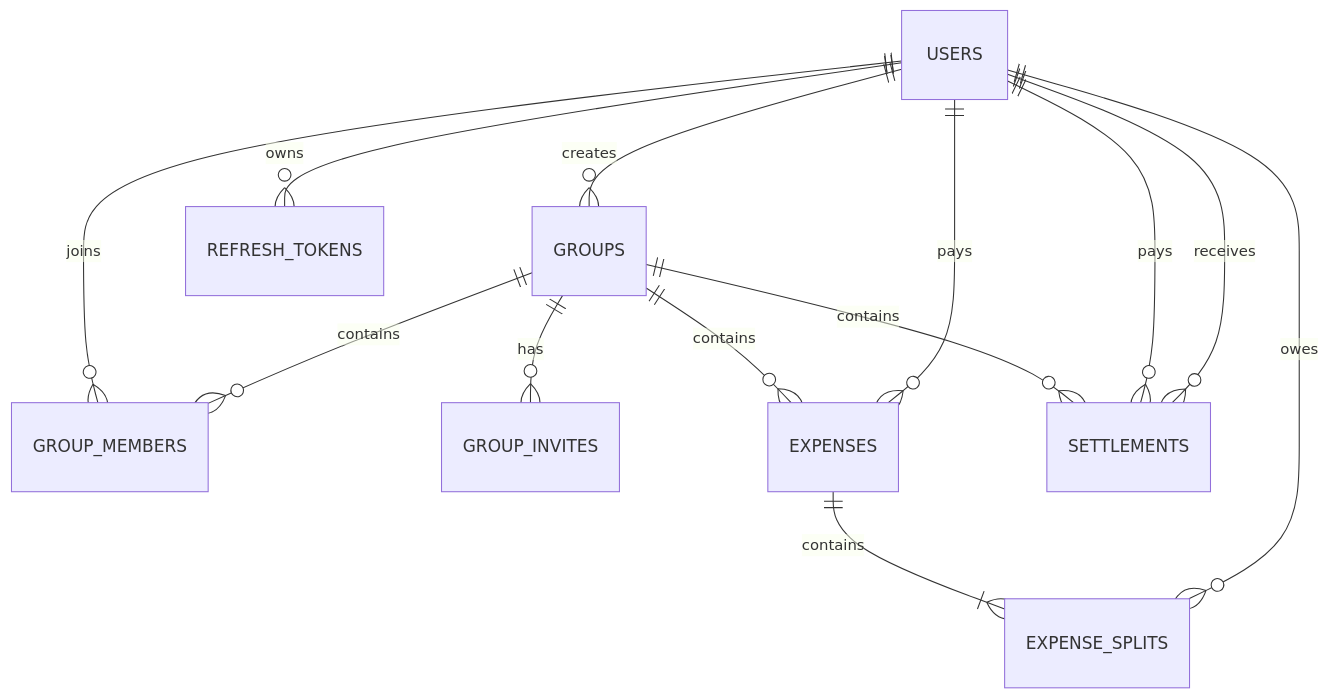
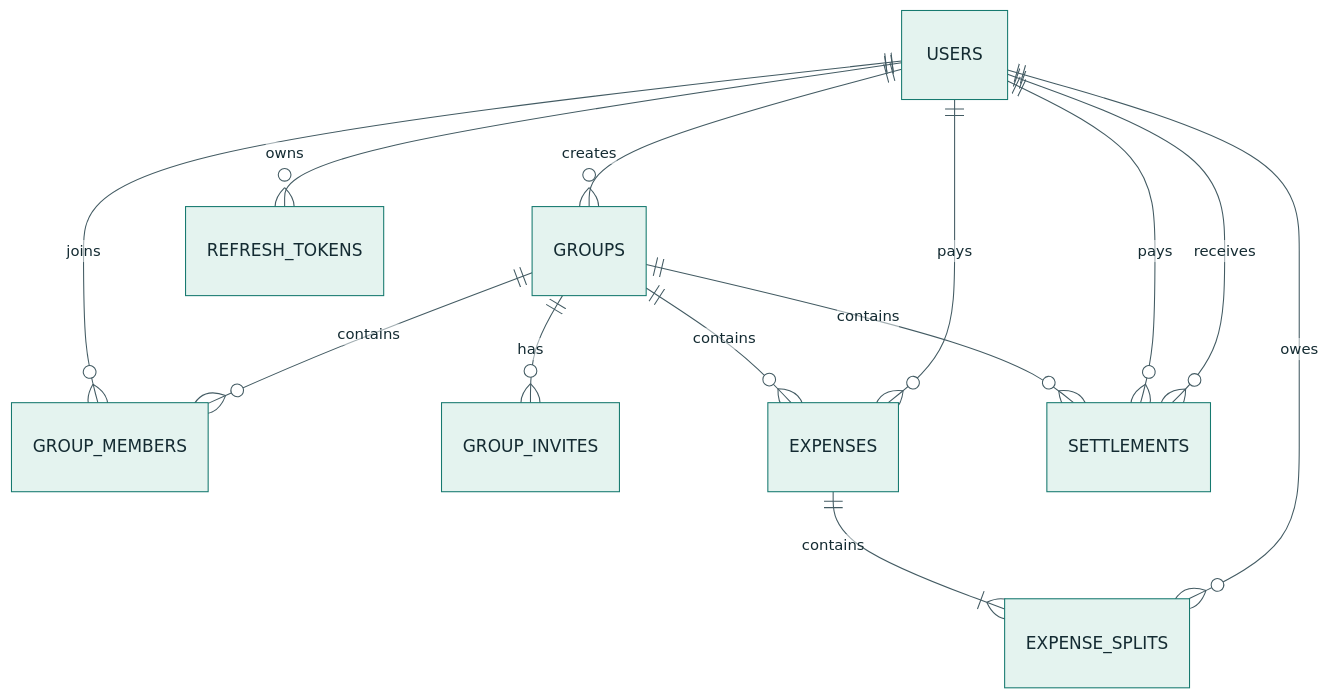
The diagram in README.md (Umeshchaurasiya123/Len-Den-Expense-Sharing-Application), drawn with Mermaid before and after one commit. The commit also changed other lines of this file and 12 other files, not shown here.

````diff
--- a/README.md
+++ b/README.md
@@ -171,15 +177,16 @@
-``` mermaid
+```mermaid
+%%{init: {"theme": "base", "themeVariables": {"primaryColor": "#e4f3ef", "primaryTextColor": "#142b32", "primaryBorderColor": "#16796f", "lineColor": "#435b63", "secondaryColor": "#f4f7e8", "tertiaryColor": "#ffffff", "entityBkg": "#e4f3ef", "entityBorder": "#16796f", "attributeBackgroundColor": "#ffffff", "attributeBorderColor": "#8ba8a1", "relationshipLabelBackground": "#ffffff", "textColor": "#142b32"}}}%%
 erDiagram
     USERS ||--o{ GROUPS : creates
     USERS ||--o{ GROUP_MEMBERS : joins
     GROUPS ||--o{ GROUP_MEMBERS : contains
     GROUPS ||--o{ GROUP_INVITES : has
     USERS ||--o{ REFRESH_TOKENS : owns
     GROUPS ||--o{ EXPENSES : contains
     USERS ||--o{ EXPENSES : pays
     EXPENSES ||--|{ EXPENSE_SPLITS : contains
     USERS ||--o{ EXPENSE_SPLITS : owes
     GROUPS ||--o{ SETTLEMENTS : contains
     USERS ||--o{ SETTLEMENTS : pays
     USERS ||--o{ SETTLEMENTS : receives
 ```
````
